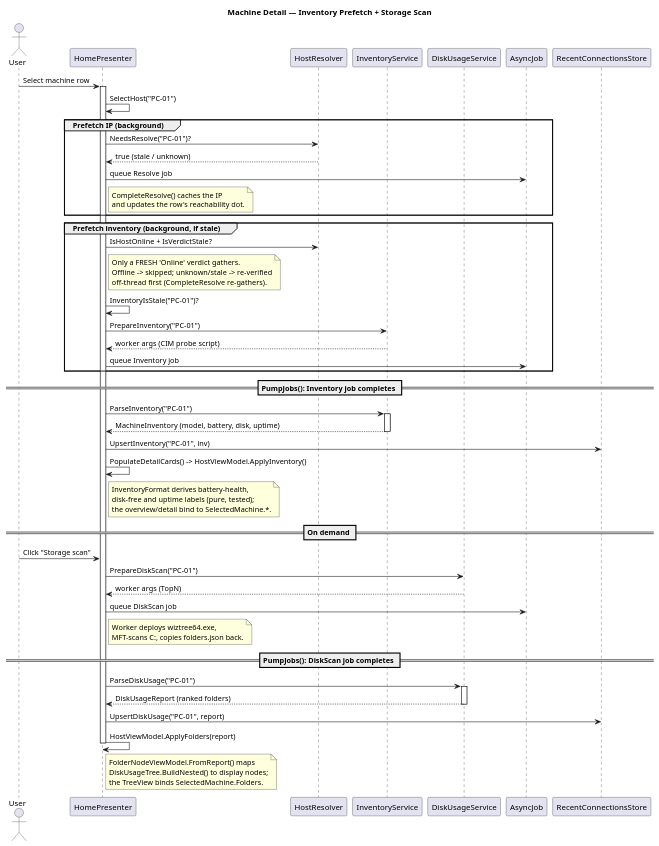
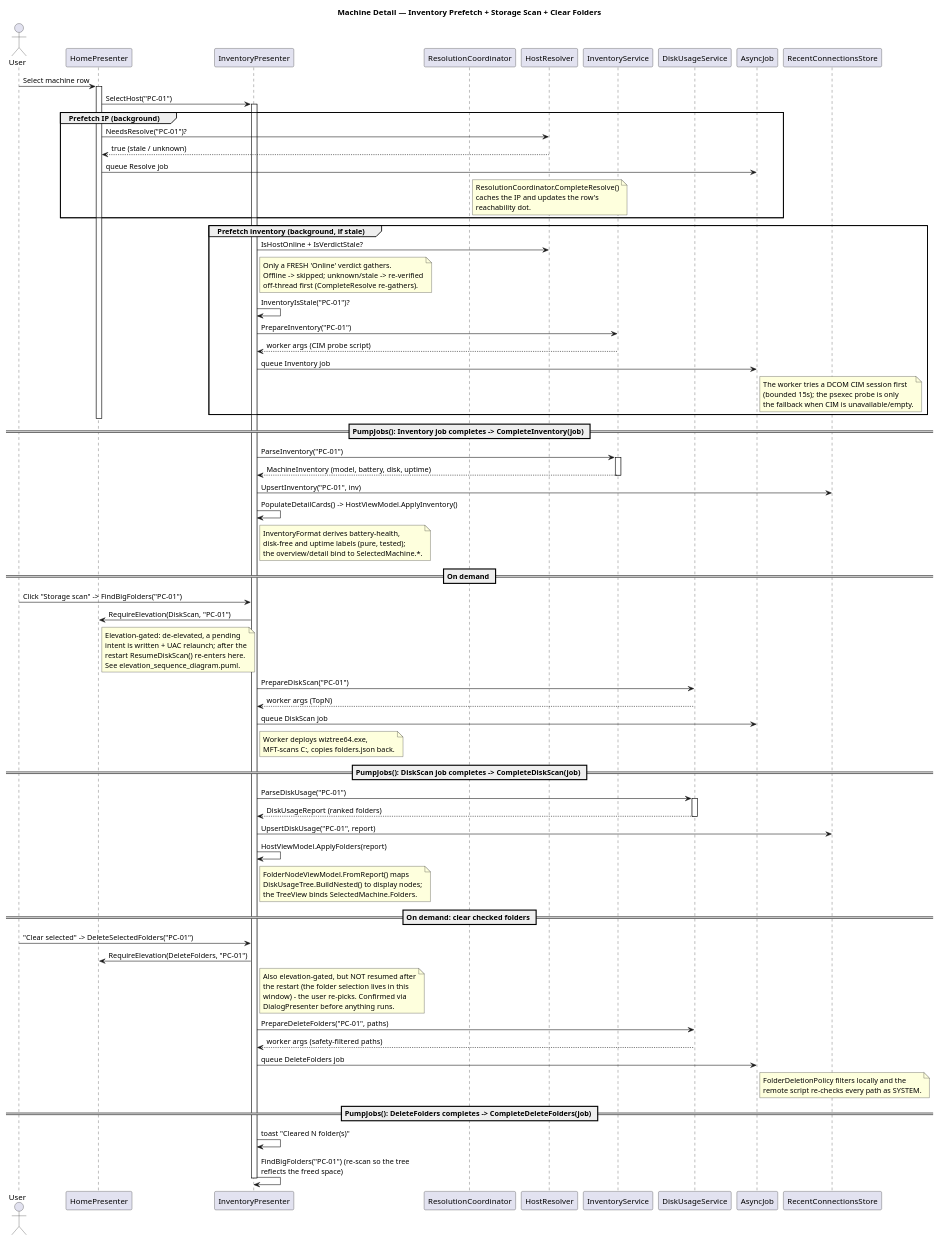
The diagram in docs/diagrams/inventory_sequence_diagram.puml (Danial-Changez/DONUT), drawn with PlantUML before and after one commit. The commit also changed 16 other files, not shown here.

```diff
--- a/docs/diagrams/inventory_sequence_diagram.puml
+++ b/docs/diagrams/inventory_sequence_diagram.puml
@@ -1,57 +1,77 @@
 @startuml inventory_sequence_diagram
-title Machine Detail — Inventory Prefetch + Storage Scan
+title Machine Detail — Inventory Prefetch + Storage Scan + Clear Folders
 
 actor User
 participant "HomePresenter" as Presenter
+participant "InventoryPresenter" as Detail
+participant "ResolutionCoordinator" as Coord
 participant "HostResolver" as Resolver
 participant "InventoryService" as Inv
 participant "DiskUsageService" as Disk
 participant "AsyncJob" as Job
 participant "RecentConnectionsStore" as Store
 
 User -> Presenter: Select machine row
 activate Presenter
-Presenter -> Presenter: SelectHost("PC-01")
+Presenter -> Detail: SelectHost("PC-01")
+activate Detail
 
 group Prefetch IP (background)
     Presenter -> Resolver: NeedsResolve("PC-01")?
     Resolver --> Presenter: true (stale / unknown)
     Presenter -> Job: queue Resolve job
-    note right of Presenter: CompleteResolve() caches the IP\nand updates the row's reachability dot.
+    note right of Coord: ResolutionCoordinator.CompleteResolve()\ncaches the IP and updates the row's\nreachability dot.
 end
 
 group Prefetch inventory (background, if stale)
-    Presenter -> Resolver: IsHostOnline + IsVerdictStale?
-    note right of Presenter: Only a FRESH 'Online' verdict gathers.\nOffline -> skipped; unknown/stale -> re-verified\noff-thread first (CompleteResolve re-gathers).
-    Presenter -> Presenter: InventoryIsStale("PC-01")?
-    Presenter -> Inv: PrepareInventory("PC-01")
-    Inv --> Presenter: worker args (CIM probe script)
-    Presenter -> Job: queue Inventory job
+    Detail -> Resolver: IsHostOnline + IsVerdictStale?
+    note right of Detail: Only a FRESH 'Online' verdict gathers.\nOffline -> skipped; unknown/stale -> re-verified\noff-thread first (CompleteResolve re-gathers).
+    Detail -> Detail: InventoryIsStale("PC-01")?
+    Detail -> Inv: PrepareInventory("PC-01")
+    Inv --> Detail: worker args (CIM probe script)
+    Detail -> Job: queue Inventory job
+    note right of Job: The worker tries a DCOM CIM session first\n(bounded 15s); the psexec probe is only\nthe fallback when CIM is unavailable/empty.
 end
+deactivate Presenter
 
-== PumpJobs(): Inventory job completes ==
-Presenter -> Inv: ParseInventory("PC-01")
+== PumpJobs(): Inventory job completes -> CompleteInventory(job) ==
+Detail -> Inv: ParseInventory("PC-01")
 activate Inv
-Inv --> Presenter: MachineInventory (model, battery, disk, uptime)
+Inv --> Detail: MachineInventory (model, battery, disk, uptime)
 deactivate Inv
-Presenter -> Store: UpsertInventory("PC-01", inv)
-Presenter -> Presenter: PopulateDetailCards() -> HostViewModel.ApplyInventory()
-note right of Presenter: InventoryFormat derives battery-health,\ndisk-free and uptime labels (pure, tested);\nthe overview/detail bind to SelectedMachine.*.
+Detail -> Store: UpsertInventory("PC-01", inv)
+Detail -> Detail: PopulateDetailCards() -> HostViewModel.ApplyInventory()
+note right of Detail: InventoryFormat derives battery-health,\ndisk-free and uptime labels (pure, tested);\nthe overview/detail bind to SelectedMachine.*.
 
 == On demand ==
-User -> Presenter: Click "Storage scan"
-Presenter -> Disk: PrepareDiskScan("PC-01")
-Disk --> Presenter: worker args (TopN)
-Presenter -> Job: queue DiskScan job
-note right of Presenter: Worker deploys wiztree64.exe,\nMFT-scans C:, copies folders.json back.
+User -> Detail: Click "Storage scan" -> FindBigFolders("PC-01")
+Detail -> Presenter: RequireElevation(DiskScan, "PC-01")
+note right of Presenter: Elevation-gated: de-elevated, a pending\nintent is written + UAC relaunch; after the\nrestart ResumeDiskScan() re-enters here.\nSee elevation_sequence_diagram.puml.
+Detail -> Disk: PrepareDiskScan("PC-01")
+Disk --> Detail: worker args (TopN)
+Detail -> Job: queue DiskScan job
+note right of Detail: Worker deploys wiztree64.exe,\nMFT-scans C:, copies folders.json back.
 
-== PumpJobs(): DiskScan job completes ==
-Presenter -> Disk: ParseDiskUsage("PC-01")
+== PumpJobs(): DiskScan job completes -> CompleteDiskScan(job) ==
+Detail -> Disk: ParseDiskUsage("PC-01")
 activate Disk
-Disk --> Presenter: DiskUsageReport (ranked folders)
+Disk --> Detail: DiskUsageReport (ranked folders)
 deactivate Disk
-Presenter -> Store: UpsertDiskUsage("PC-01", report)
-Presenter -> Presenter: HostViewModel.ApplyFolders(report)
-note right of Presenter: FolderNodeViewModel.FromReport() maps\nDiskUsageTree.BuildNested() to display nodes;\nthe TreeView binds SelectedMachine.Folders.
-deactivate Presenter
+Detail -> Store: UpsertDiskUsage("PC-01", report)
+Detail -> Detail: HostViewModel.ApplyFolders(report)
+note right of Detail: FolderNodeViewModel.FromReport() maps\nDiskUsageTree.BuildNested() to display nodes;\nthe TreeView binds SelectedMachine.Folders.
+
+== On demand: clear checked folders ==
+User -> Detail: "Clear selected" -> DeleteSelectedFolders("PC-01")
+Detail -> Presenter: RequireElevation(DeleteFolders, "PC-01")
+note right of Detail: Also elevation-gated, but NOT resumed after\nthe restart (the folder selection lives in this\nwindow) - the user re-picks. Confirmed via\nDialogPresenter before anything runs.
+Detail -> Disk: PrepareDeleteFolders("PC-01", paths)
+Disk --> Detail: worker args (safety-filtered paths)
+Detail -> Job: queue DeleteFolders job
+note right of Job: FolderDeletionPolicy filters locally and the\nremote script re-checks every path as SYSTEM.
+
+== PumpJobs(): DeleteFolders completes -> CompleteDeleteFolders(job) ==
+Detail -> Detail: toast "Cleared N folder(s)"
+Detail -> Detail: FindBigFolders("PC-01") (re-scan so the tree\nreflects the freed space)
+deactivate Detail
 @enduml
```
